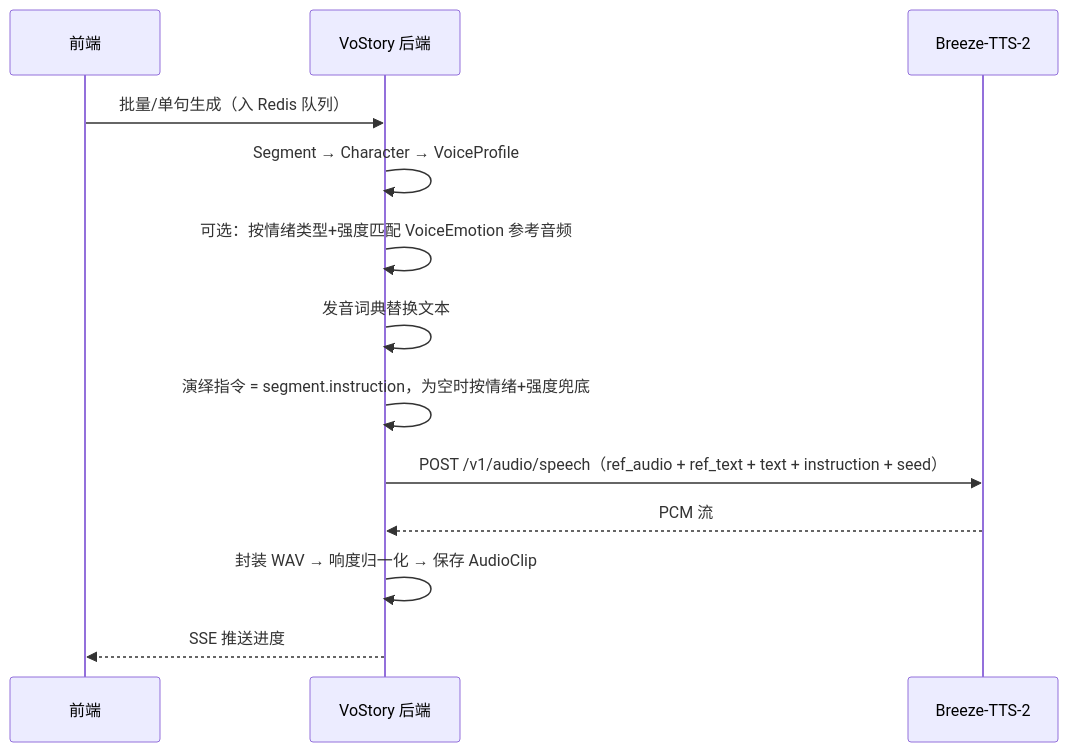
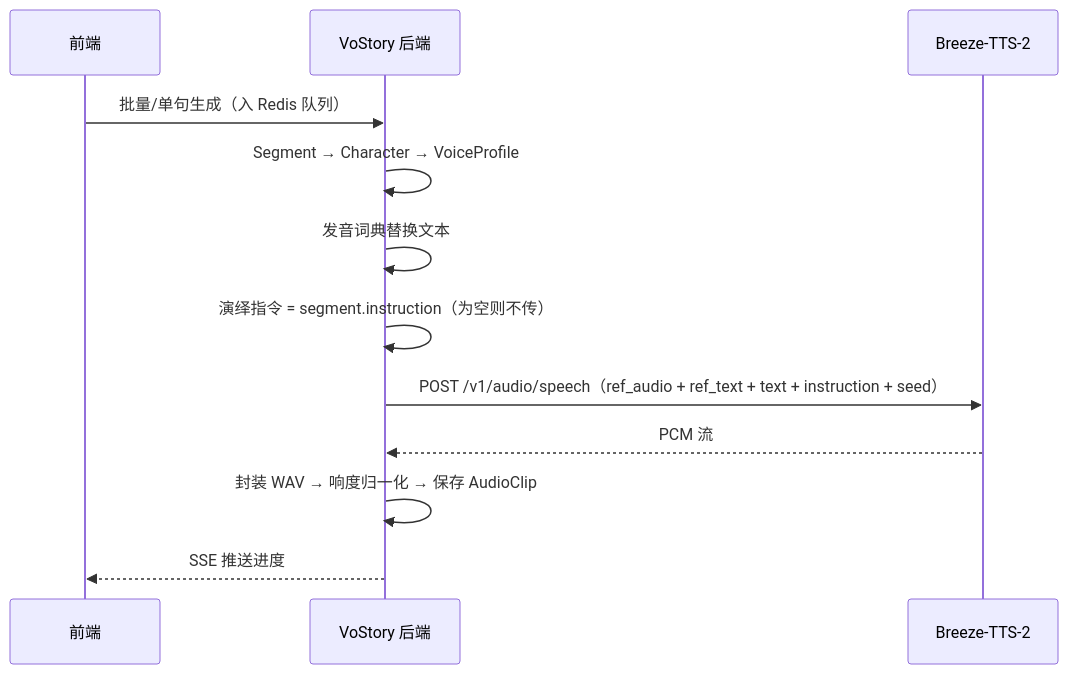
The diagram in docs/tts-integration.md (han3sui/vostory), drawn with Mermaid before and after one commit. The commit also changed other lines of this file and 44 other files, not shown here.

````diff
--- a/docs/tts-integration.md
+++ b/docs/tts-integration.md
@@ -49,16 +49,15 @@
 ```mermaid
 sequenceDiagram
     participant FE as 前端
     participant API as VoStory 后端
     participant TTS as Breeze-TTS-2
 
     FE->>API: 批量/单句生成（入 Redis 队列）
     API->>API: Segment → Character → VoiceProfile
-    API->>API: 可选：按情绪类型+强度匹配 VoiceEmotion 参考音频
     API->>API: 发音词典替换文本
-    API->>API: 演绎指令 = segment.instruction，为空时按情绪+强度兜底
+    API->>API: 演绎指令 = segment.instruction（为空则不传）
     API->>TTS: POST /v1/audio/speech（ref_audio + ref_text + text + instruction + seed）
     TTS-->>API: PCM 流
     API->>API: 封装 WAV → 响度归一化 → 保存 AudioClip
     API-->>FE: SSE 推送进度
 ```
````
